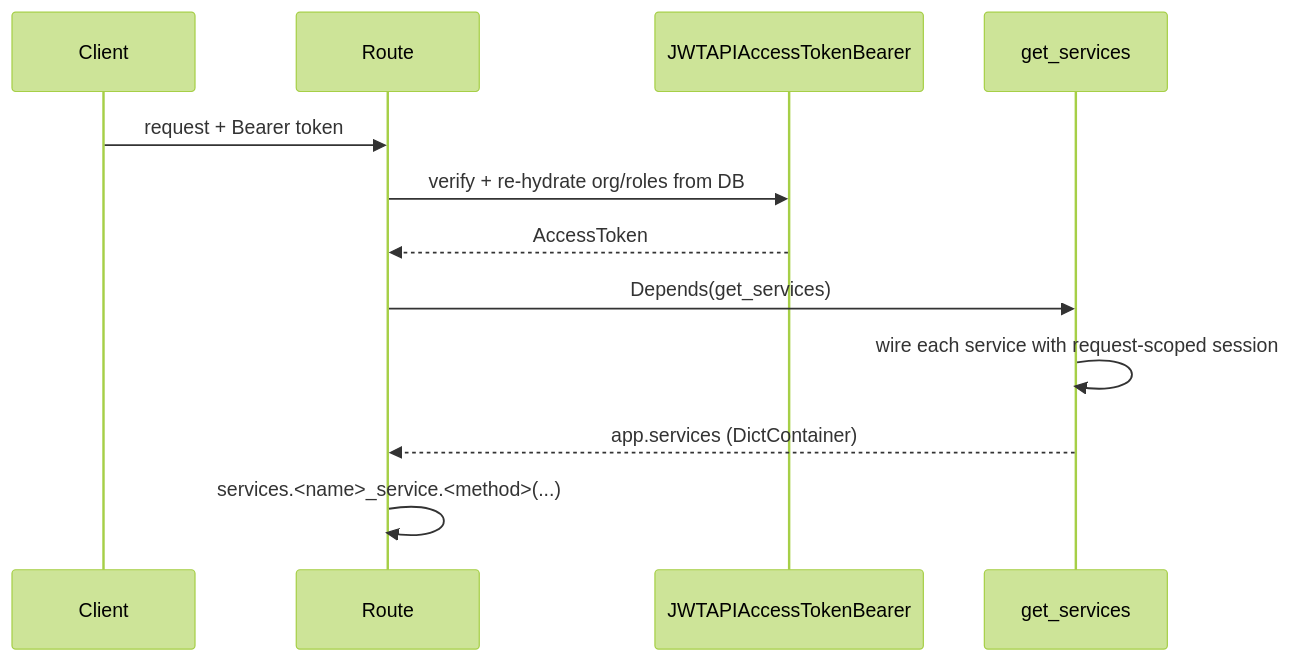
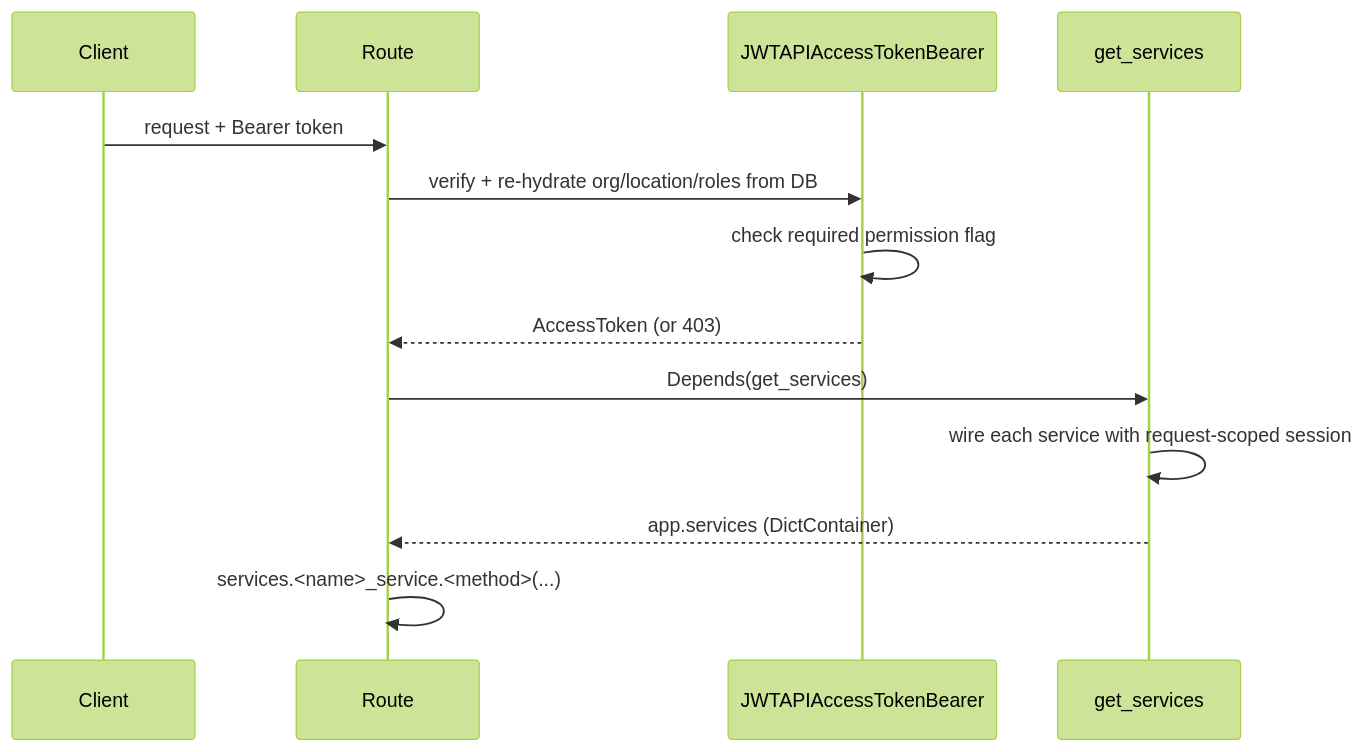
Before and after one commit to Tap2Cloud/backend-public: the second of 3 diagrams in docs/wiki/api-endpoints.md, drawn with Mermaid (forest theme). The commit also changed other lines of this file and 12 other files, not shown here.

````diff
--- a/docs/wiki/api-endpoints.md
+++ b/docs/wiki/api-endpoints.md
@@ -61,14 +61,15 @@
 ```mermaid
 sequenceDiagram
   participant C as Client
   participant Route
   participant Bearer as JWTAPIAccessTokenBearer
   participant GS as get_services
   C->>Route: request + Bearer token
-  Route->>Bearer: verify + re-hydrate org/roles from DB
-  Bearer-->>Route: AccessToken
+  Route->>Bearer: verify + re-hydrate org/location/roles from DB
+  Bearer->>Bearer: check required permission flag
+  Bearer-->>Route: AccessToken (or 403)
   Route->>GS: Depends(get_services)
   GS->>GS: wire each service with request-scoped session
   GS-->>Route: app.services (DictContainer)
   Route->>Route: services.<name>_service.<method>(...)
 ```
````
